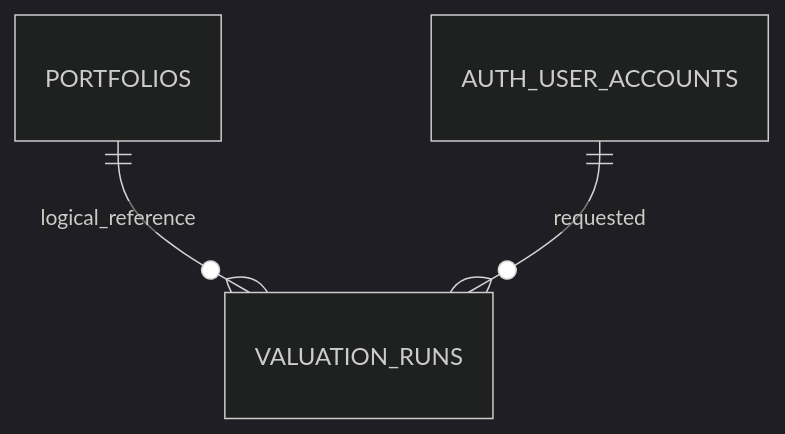
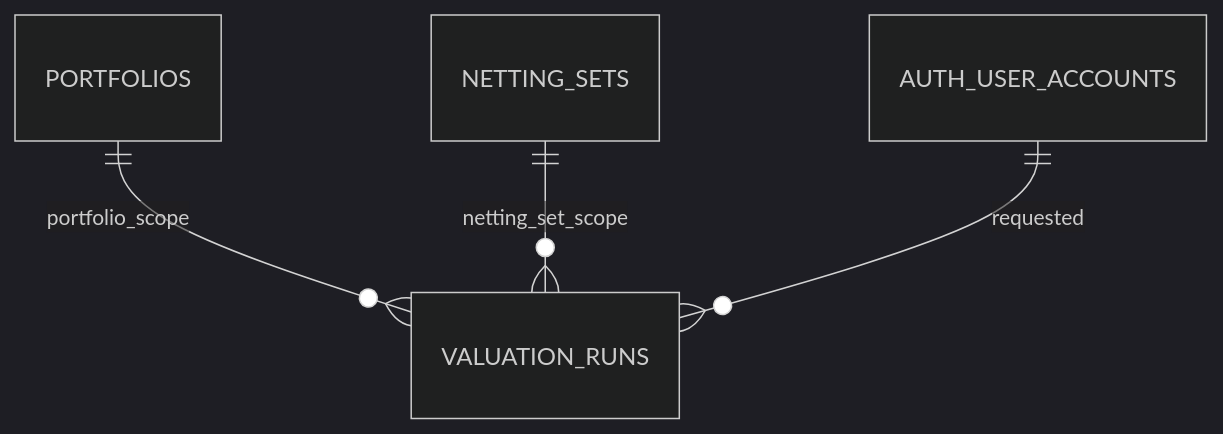
The ninth of 10 diagrams in docs/docs-ES/DataModel.md (mselaive/NexusXVA), drawn with Mermaid (dark theme) before and after one commit. The commit also changed other lines of this file and 45 other files, not shown here.

````diff
--- a/docs/docs-ES/DataModel.md
+++ b/docs/docs-ES/DataModel.md
@@ -281,5 +284,6 @@
 ```mermaid
 erDiagram
-    PORTFOLIOS ||--o{ VALUATION_RUNS : logical_reference
+    PORTFOLIOS ||--o{ VALUATION_RUNS : portfolio_scope
+    NETTING_SETS ||--o{ VALUATION_RUNS : netting_set_scope
     AUTH_USER_ACCOUNTS ||--o{ VALUATION_RUNS : requested
 ```
````
